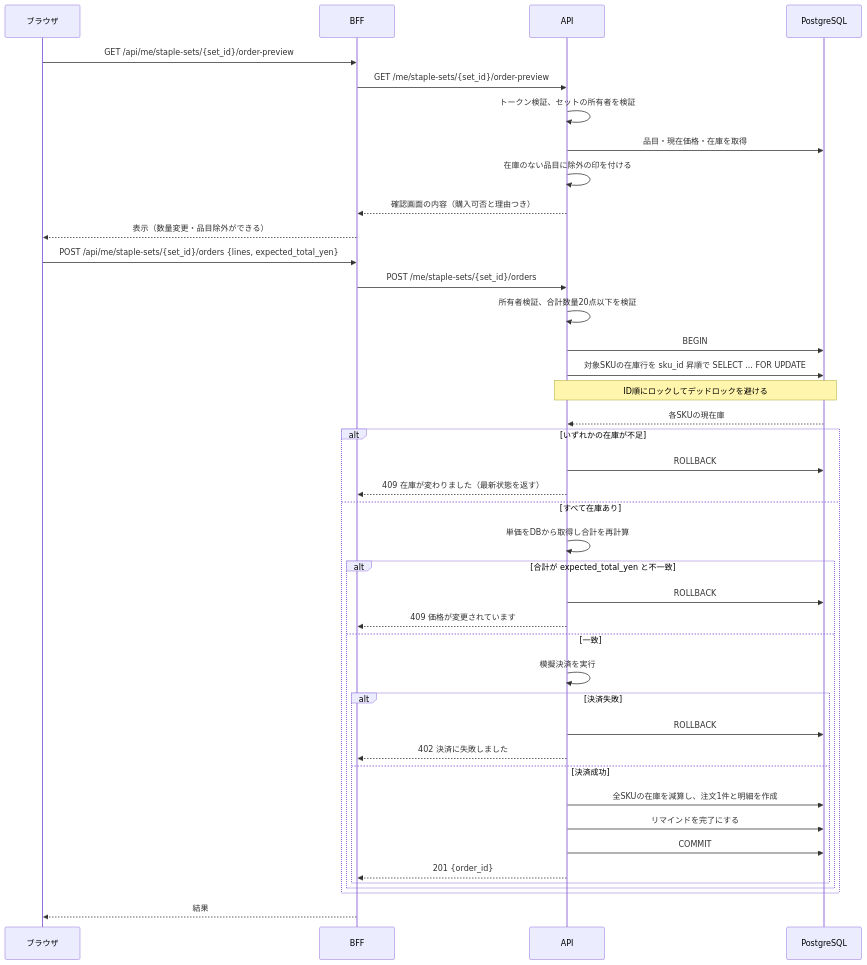
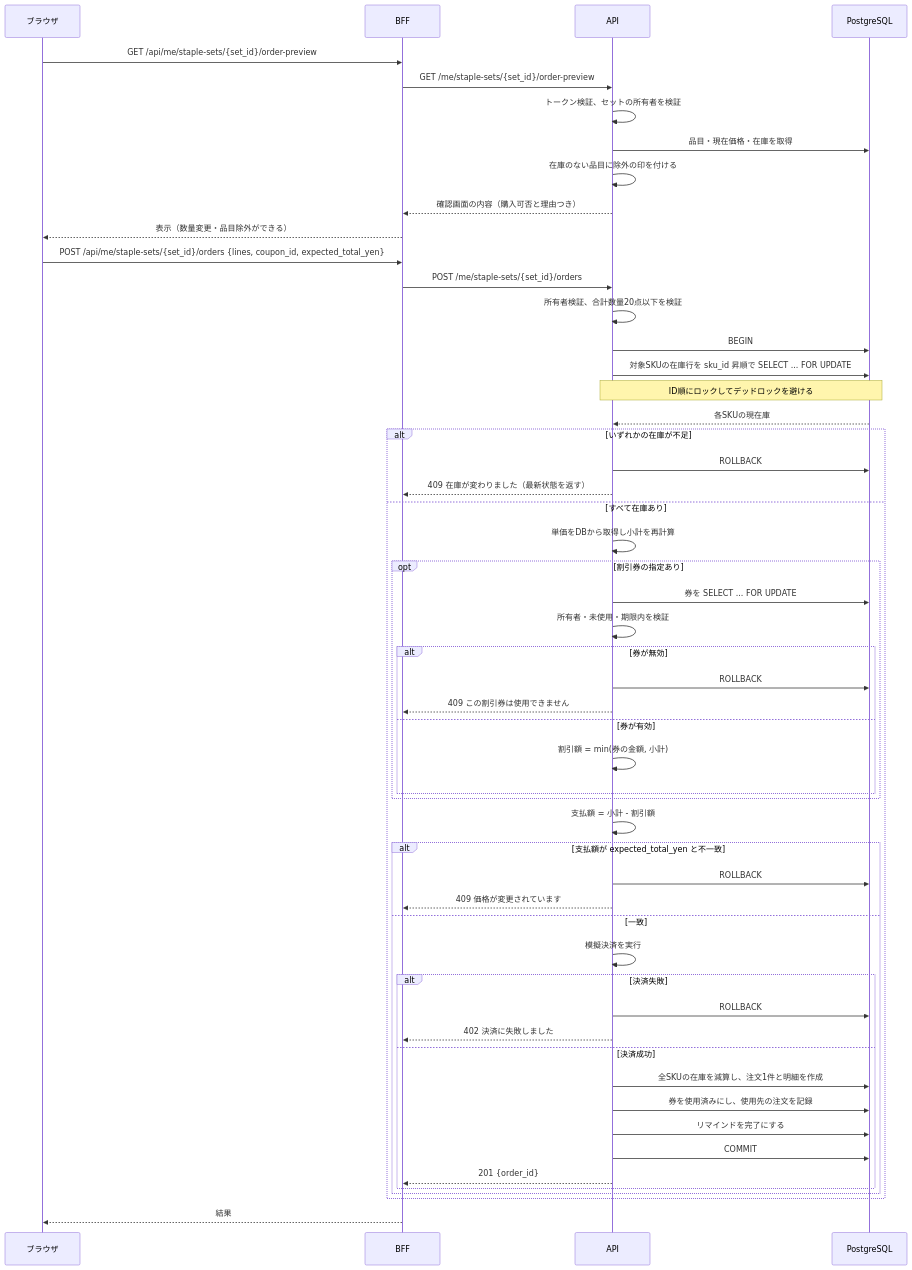
Before and after one commit to Nagaoka122/tech0-lv3-ec: the sixth of 14 diagrams in 設計仕様書.md, drawn with Mermaid. The commit also changed other lines of this file and 3 other files, not shown here.

````diff
--- a/設計仕様書.md
+++ b/設計仕様書.md
@@ -245,45 +262,57 @@
 ```mermaid
 sequenceDiagram
     participant B as ブラウザ
     participant F as BFF
     participant A as API
     participant D as PostgreSQL
 
     B->>F: GET /api/me/staple-sets/{set_id}/order-preview
     F->>A: GET /me/staple-sets/{set_id}/order-preview
     A->>A: トークン検証、セットの所有者を検証
     A->>D: 品目・現在価格・在庫を取得
     A->>A: 在庫のない品目に除外の印を付ける
     A-->>F: 確認画面の内容（購入可否と理由つき）
     F-->>B: 表示（数量変更・品目除外ができる）
 
-    B->>F: POST /api/me/staple-sets/{set_id}/orders {lines, expected_total_yen}
+    B->>F: POST /api/me/staple-sets/{set_id}/orders {lines, coupon_id, expected_total_yen}
     F->>A: POST /me/staple-sets/{set_id}/orders
     A->>A: 所有者検証、合計数量20点以下を検証
     A->>D: BEGIN
     A->>D: 対象SKUの在庫行を sku_id 昇順で SELECT ... FOR UPDATE
     Note over A,D: ID順にロックしてデッドロックを避ける
     D-->>A: 各SKUの現在庫
     alt いずれかの在庫が不足
         A->>D: ROLLBACK
         A-->>F: 409 在庫が変わりました（最新状態を返す）
     else すべて在庫あり
-        A->>A: 単価をDBから取得し合計を再計算
-        alt 合計が expected_total_yen と不一致
+        A->>A: 単価をDBから取得し小計を再計算
+        opt 割引券の指定あり
+            A->>D: 券を SELECT ... FOR UPDATE
+            A->>A: 所有者・未使用・期限内を検証
+            alt 券が無効
+                A->>D: ROLLBACK
+                A-->>F: 409 この割引券は使用できません
+            else 券が有効
+                A->>A: 割引額 = min(券の金額, 小計)
+            end
+        end
+        A->>A: 支払額 = 小計 - 割引額
+        alt 支払額が expected_total_yen と不一致
             A->>D: ROLLBACK
             A-->>F: 409 価格が変更されています
         else 一致
             A->>A: 模擬決済を実行
             alt 決済失敗
                 A->>D: ROLLBACK
                 A-->>F: 402 決済に失敗しました
             else 決済成功
                 A->>D: 全SKUの在庫を減算し、注文1件と明細を作成
+                A->>D: 券を使用済みにし、使用先の注文を記録
                 A->>D: リマインドを完了にする
                 A->>D: COMMIT
                 A-->>F: 201 {order_id}
             end
         end
     end
     F-->>B: 結果
 ```
````
